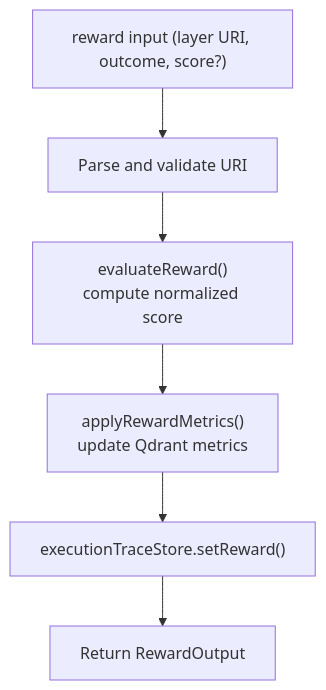
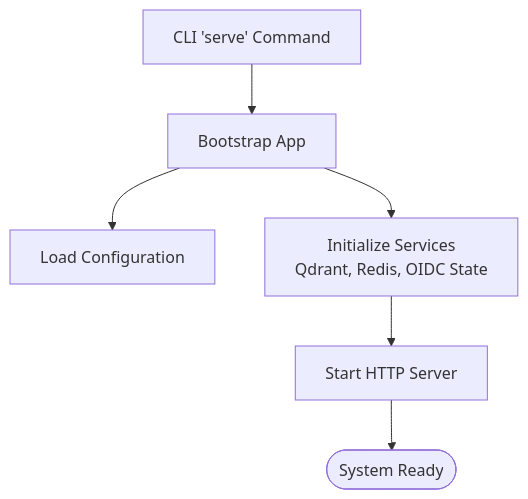
One commit to debian777/kairos-mcp changed the seventh of 8 diagrams in .qoder/repowiki/en/content/Project Overview/Architecture Overview.md. Above: the diagram before and after it, drawn with Mermaid. The commit also changed other lines of this file and 724 other files, not shown here.

````diff
--- a/.qoder/repowiki/en/content/Project Overview/Architecture Overview.md
+++ b/.qoder/repowiki/en/content/Project Overview/Architecture Overview.md
@@ -311,8 +412,8 @@
 ```mermaid
 flowchart TD
-RStart["reward input (layer URI, outcome, score?)"] --> Parse["Parse and validate URI"]
-Parse --> Eval["evaluateReward()<br/>compute normalized score"]
-Eval --> Metrics["applyRewardMetrics()<br/>update Qdrant metrics"]
-Metrics --> Trace["executionTraceStore.setReward()"]
-Trace --> ROutput["Return RewardOutput"]
+CLI["CLI 'serve' Command"] --> Bootstrap["Bootstrap App"]
+Bootstrap --> Config["Load Configuration"]
+Bootstrap --> InitServices["Initialize Services<br/>Qdrant, Redis, OIDC State"]
+InitServices --> StartHTTP["Start HTTP Server"]
+StartHTTP --> Ready([System Ready])
 ```
````
